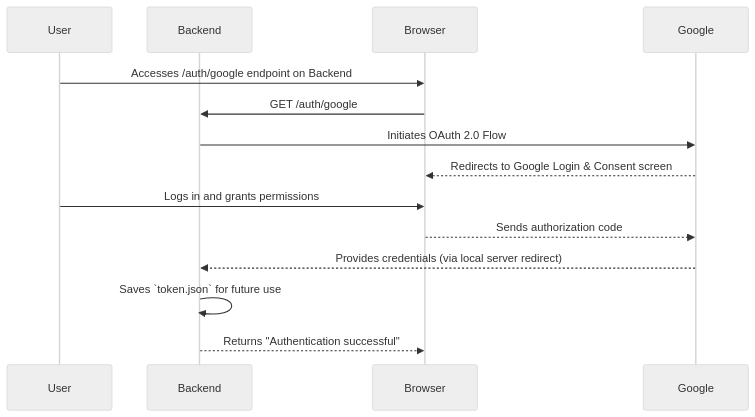
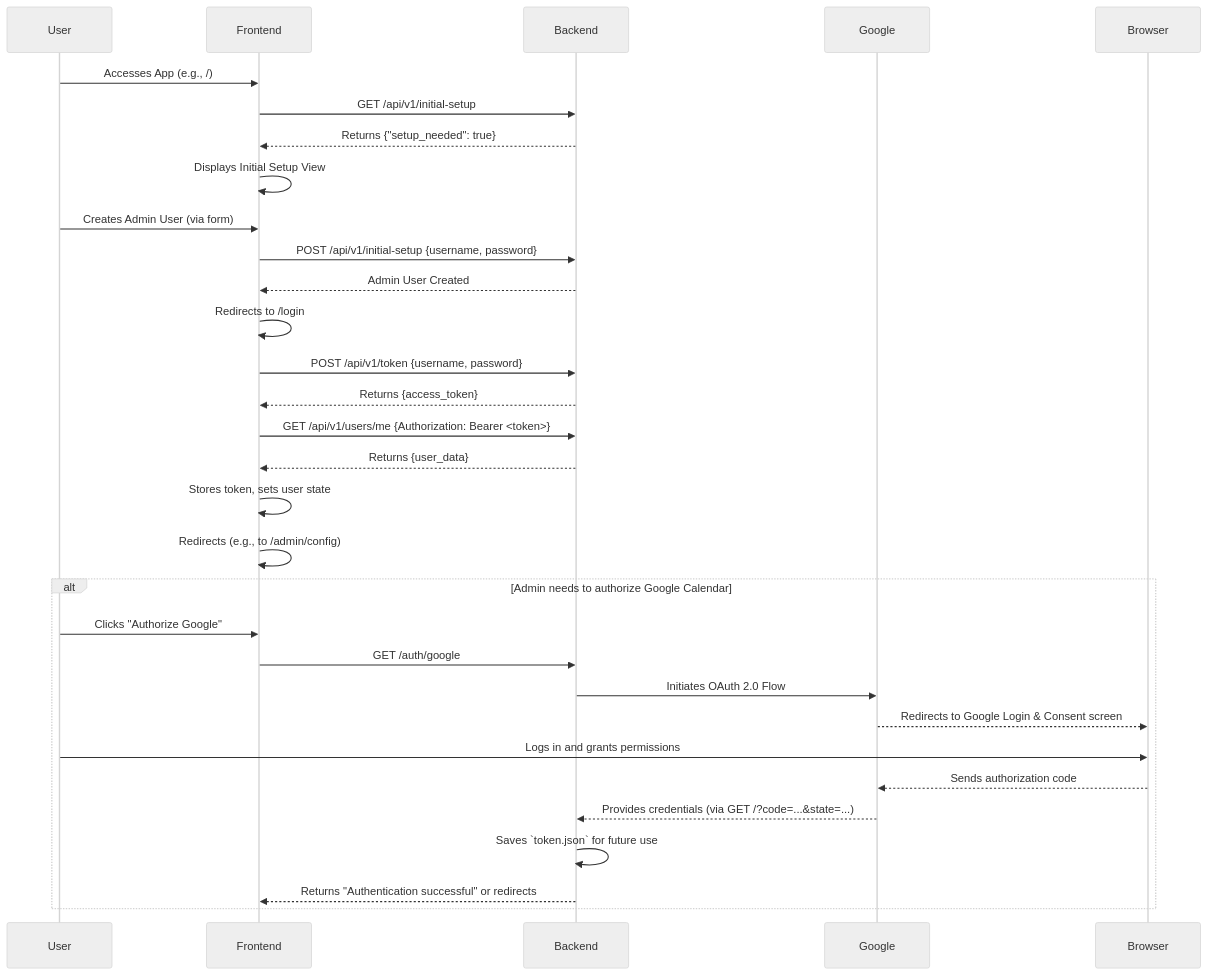
One commit to QuidamF/Reservaciones changed the second of 2 diagrams in ARCHITECTURE.md. Above: the diagram before and after it, drawn with Mermaid (neutral theme). The commit also changed other lines of this file and 22 other files, not shown here.

````diff
--- a/ARCHITECTURE.md
+++ b/ARCHITECTURE.md
@@ -78,17 +83,35 @@
 ```mermaid
 sequenceDiagram
     participant User
+    participant Frontend
     participant Backend
-    participant Browser
     participant Google
 
-    User->>Browser: Accesses /auth/google endpoint on Backend
-    Browser->>Backend: GET /auth/google
-    Backend->>Google: Initiates OAuth 2.0 Flow
-    Google-->>Browser: Redirects to Google Login & Consent screen
-    User->>Browser: Logs in and grants permissions
-    Browser-->>Google: Sends authorization code
-    Google-->>Backend: Provides credentials (via local server redirect)
-    Backend->>Backend: Saves `token.json` for future use
-    Backend-->>Browser: Returns "Authentication successful"
+    User->>Frontend: Accesses App (e.g., /)
+    Frontend->>Backend: GET /api/v1/initial-setup
+    Backend-->>Frontend: Returns {"setup_needed": true}
+    Frontend->>Frontend: Displays Initial Setup View
+    User->>Frontend: Creates Admin User (via form)
+    Frontend->>Backend: POST /api/v1/initial-setup {username, password}
+    Backend-->>Frontend: Admin User Created
+    Frontend->>Frontend: Redirects to /login
+
+    Frontend->>Backend: POST /api/v1/token {username, password}
+    Backend-->>Frontend: Returns {access_token}
+    Frontend->>Backend: GET /api/v1/users/me {Authorization: Bearer <token>}
+    Backend-->>Frontend: Returns {user_data}
+    Frontend->>Frontend: Stores token, sets user state
+    Frontend->>Frontend: Redirects (e.g., to /admin/config)
+
+    alt Admin needs to authorize Google Calendar
+        User->>Frontend: Clicks "Authorize Google"
+        Frontend->>Backend: GET /auth/google
+        Backend->>Google: Initiates OAuth 2.0 Flow
+        Google-->>Browser: Redirects to Google Login & Consent screen
+        User->>Browser: Logs in and grants permissions
+        Browser-->>Google: Sends authorization code
+        Google-->>Backend: Provides credentials (via GET /?code=...&state=...)
+        Backend->>Backend: Saves `token.json` for future use
+        Backend-->>Frontend: Returns "Authentication successful" or redirects
+    end
 ```
````
